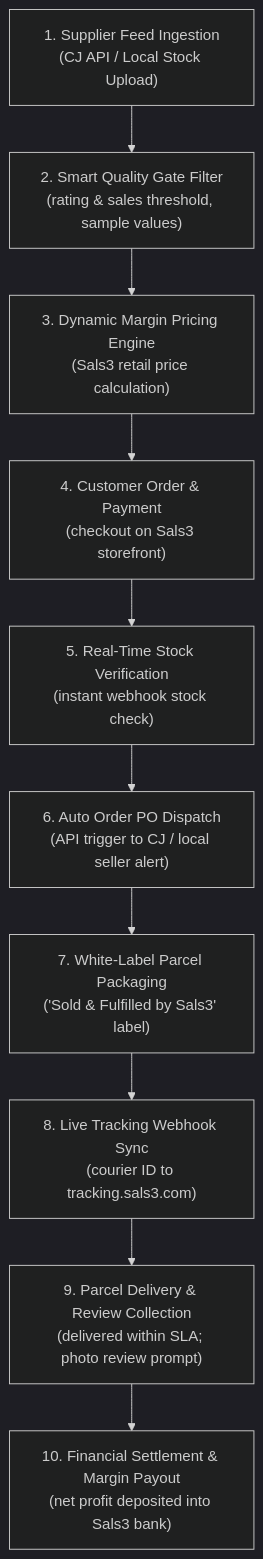
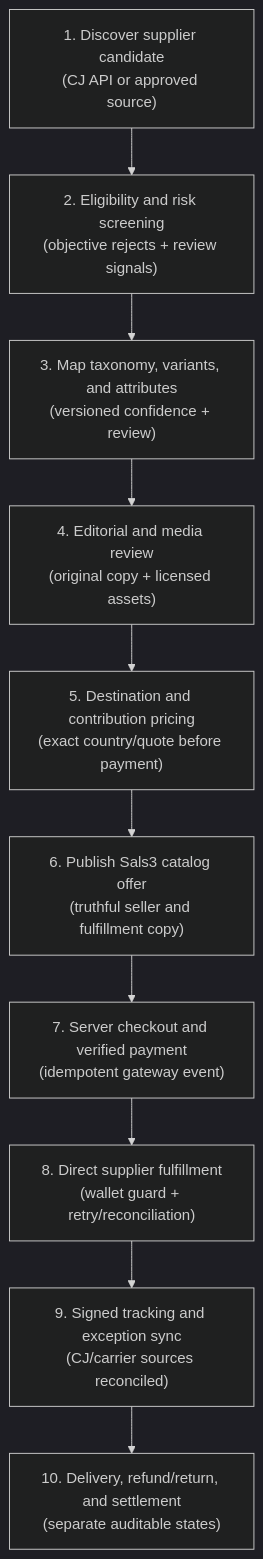
The first of 3 diagrams in docs/Wiki/wiki/sals3-end-to-end-process-flow.md (Sals3-Official/sals3-ecommerce), drawn with Mermaid (dark theme) before and after one commit. The commit also changed other lines of this file and 16 other files, not shown here.

````diff
--- a/docs/Wiki/wiki/sals3-end-to-end-process-flow.md
+++ b/docs/Wiki/wiki/sals3-end-to-end-process-flow.md
@@ -31,12 +35,12 @@
 ```mermaid
 graph TD
-    Step1["1. Supplier Feed Ingestion<br/>(CJ API / Local Stock Upload)"] --> Step2["2. Smart Quality Gate Filter<br/>(rating & sales threshold, sample values)"]
-    Step2 --> Step3["3. Dynamic Margin Pricing Engine<br/>(Sals3 retail price calculation)"]
-    Step3 --> Step4["4. Customer Order & Payment<br/>(checkout on Sals3 storefront)"]
-    Step4 --> Step5["5. Real-Time Stock Verification<br/>(instant webhook stock check)"]
-    Step5 --> Step6["6. Auto Order PO Dispatch<br/>(API trigger to CJ / local seller alert)"]
-    Step6 --> Step7["7. White-Label Parcel Packaging<br/>('Sold & Fulfilled by Sals3' label)"]
-    Step7 --> Step8["8. Live Tracking Webhook Sync<br/>(courier ID to tracking.sals3.com)"]
-    Step8 --> Step9["9. Parcel Delivery & Review Collection<br/>(delivered within SLA; photo review prompt)"]
-    Step9 --> Step10["10. Financial Settlement & Margin Payout<br/>(net profit deposited into Sals3 bank)"]
+    Step1["1. Discover supplier candidate<br/>(CJ API or approved source)"] --> Step2["2. Eligibility and risk screening<br/>(objective rejects + review signals)"]
+    Step2 --> Step3["3. Map taxonomy, variants, and attributes<br/>(versioned confidence + review)"]
+    Step3 --> Step4["4. Editorial and media review<br/>(original copy + licensed assets)"]
+    Step4 --> Step5["5. Destination and contribution pricing<br/>(exact country/quote before payment)"]
+    Step5 --> Step6["6. Publish Sals3 catalog offer<br/>(truthful seller and fulfillment copy)"]
+    Step6 --> Step7["7. Server checkout and verified payment<br/>(idempotent gateway event)"]
+    Step7 --> Step8["8. Direct supplier fulfillment<br/>(wallet guard + retry/reconciliation)"]
+    Step8 --> Step9["9. Signed tracking and exception sync<br/>(CJ/carrier sources reconciled)"]
+    Step9 --> Step10["10. Delivery, refund/return, and settlement<br/>(separate auditable states)"]
 ```
````
